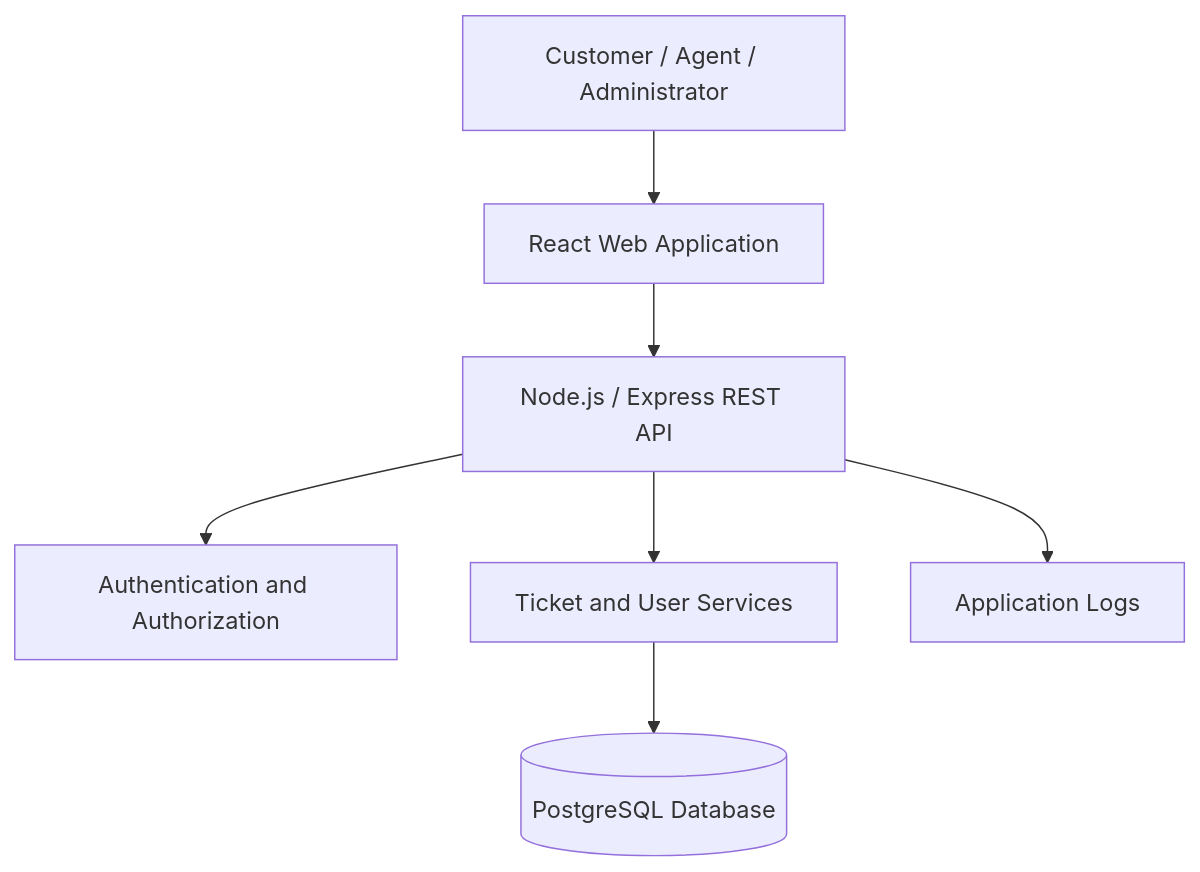
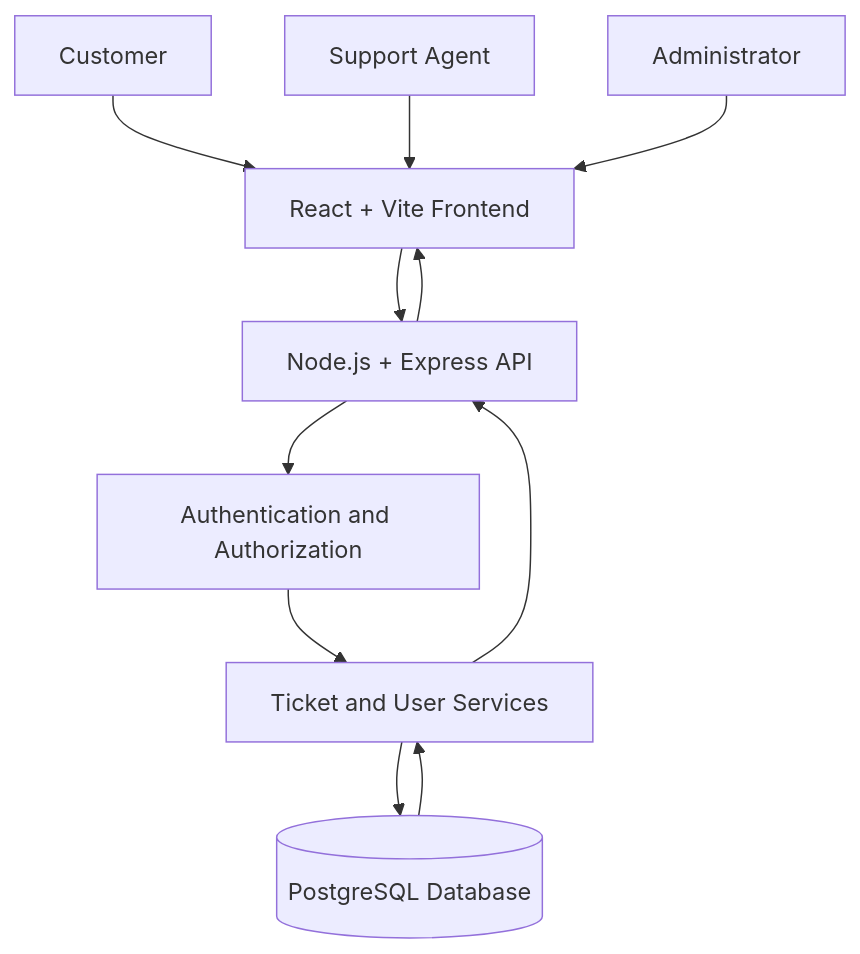
The first of 7 diagrams in README.md (SamarthChavanQloax/SupportDesk), drawn with Mermaid before and after one commit. The commit also changed other lines of this file, not shown here.

````diff
--- a/README.md
+++ b/README.md
@@ -351,9 +173,24 @@
 ```mermaid
 flowchart TD
-    U[Customer / Agent / Administrator] --> UI[React Web Application]
-    UI --> API[Node.js / Express REST API]
-    API --> AUTH[Authentication and Authorization]
-    API --> SVC[Ticket and User Services]
-    SVC --> DB[(PostgreSQL Database)]
-    API --> LOG[Application Logs]
+    CUSTOMER["Customer"]
+    AGENT["Support Agent"]
+    ADMIN["Administrator"]
+
+    FRONTEND["React + Vite Frontend"]
+    API["Node.js + Express API"]
+    AUTH["Authentication and Authorization"]
+    SERVICES["Ticket and User Services"]
+    DATABASE[("PostgreSQL Database")]
+
+    CUSTOMER --> FRONTEND
+    AGENT --> FRONTEND
+    ADMIN --> FRONTEND
+
+    FRONTEND --> API
+    API --> AUTH
+    AUTH --> SERVICES
+    SERVICES --> DATABASE
+    DATABASE --> SERVICES
+    SERVICES --> API
+    API --> FRONTEND
 ```
````
